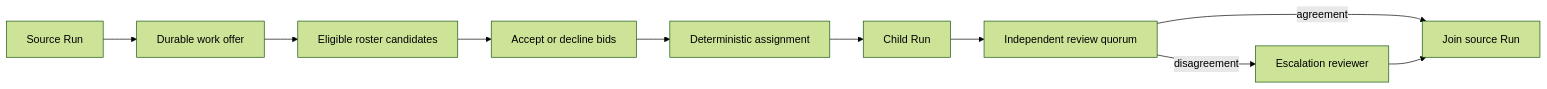
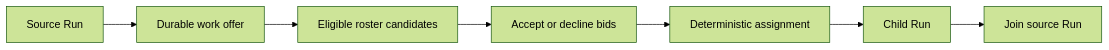
One commit to axiom-studio/openseal changed the diagram in docs/dev-docs/team-coordination.md. Above: the diagram before and after it, drawn with Mermaid (forest theme). The commit also changed other lines of this file and 61 other files, not shown here.

````diff
--- a/docs/dev-docs/team-coordination.md
+++ b/docs/dev-docs/team-coordination.md
@@ -8,12 +8,9 @@
 ```mermaid
 flowchart LR
     S[Source Run] --> O[Durable work offer]
     O --> C[Eligible roster candidates]
     C --> B[Accept or decline bids]
     B --> D[Deterministic assignment]
     D --> R[Child Run]
-    R --> Q[Independent review quorum]
-    Q -->|agreement| J[Join source Run]
-    Q -->|disagreement| E[Escalation reviewer]
-    E --> J
+    R --> J[Join source Run]
 ```
````
